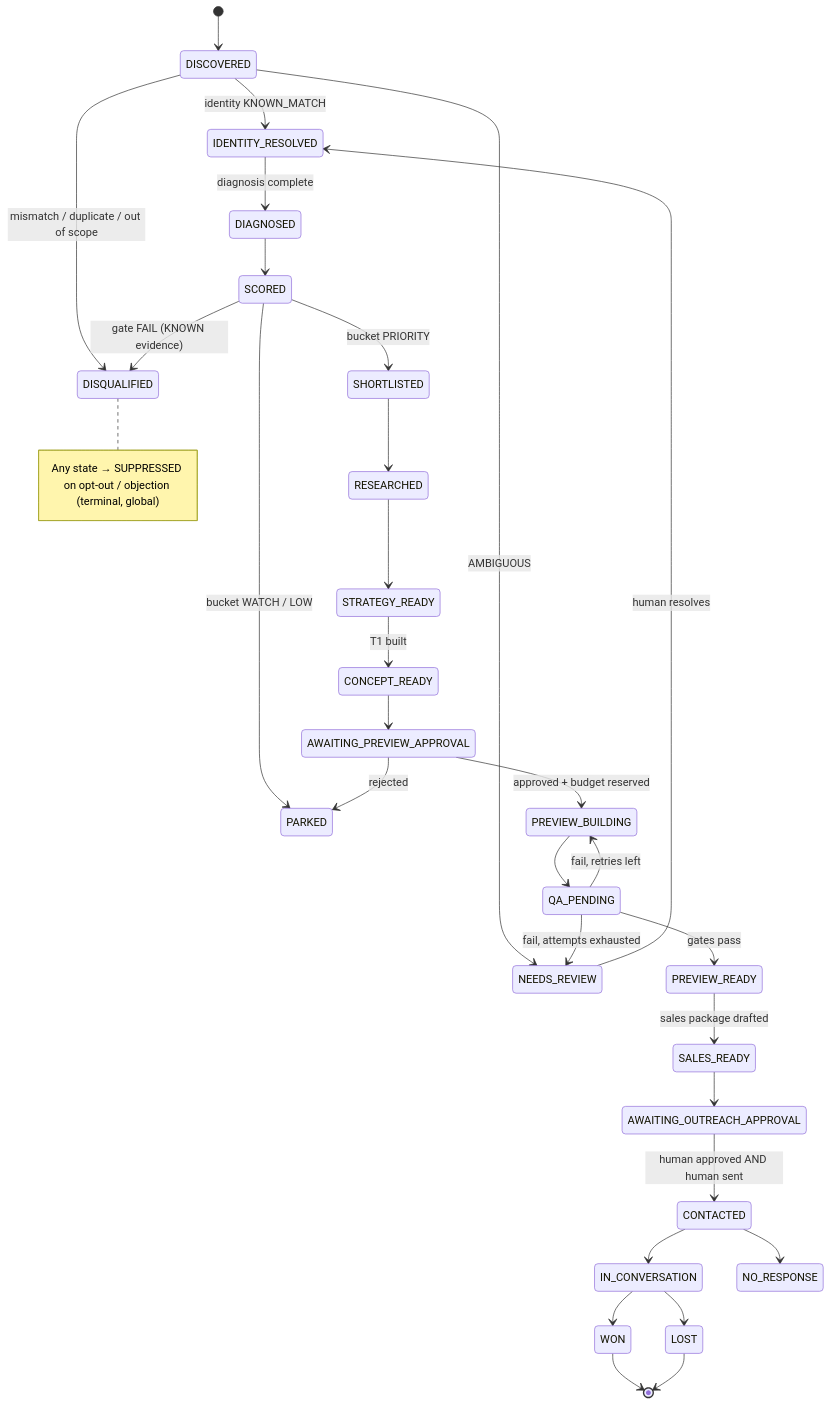
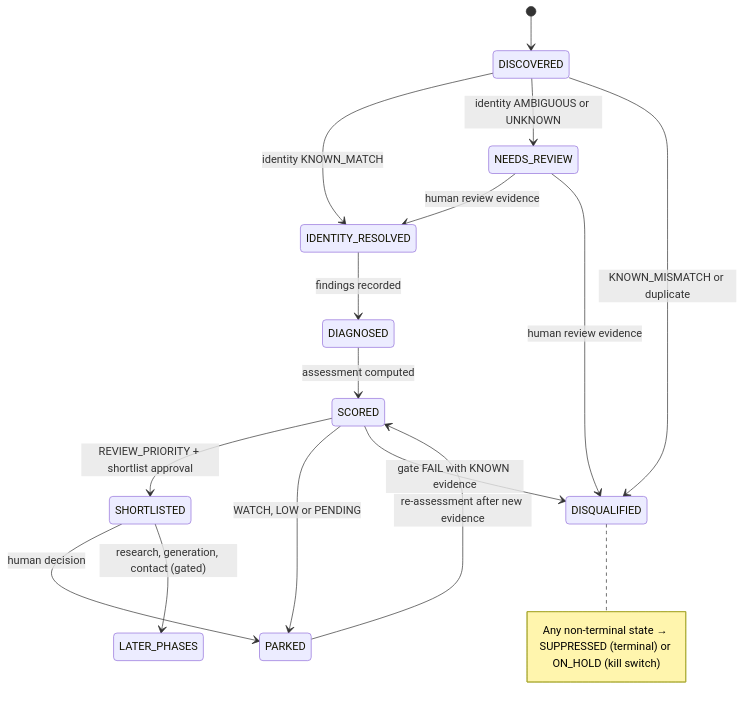
The second of 2 diagrams in docs/architecture.md (aangelrvss-oss/web-agency-os), drawn with Mermaid before and after one commit. The commit also changed other lines of this file and 8 other files, not shown here.

````diff
--- a/docs/architecture.md
+++ b/docs/architecture.md
@@ -289,33 +278,18 @@
 ```mermaid
 stateDiagram-v2
   [*] --> DISCOVERED
   DISCOVERED --> IDENTITY_RESOLVED: identity KNOWN_MATCH
-  DISCOVERED --> DISQUALIFIED: mismatch / duplicate / out of scope
-  DISCOVERED --> NEEDS_REVIEW: AMBIGUOUS
-  NEEDS_REVIEW --> IDENTITY_RESOLVED: human resolves
-  IDENTITY_RESOLVED --> DIAGNOSED: diagnosis complete
-  DIAGNOSED --> SCORED
-  SCORED --> PARKED: bucket WATCH / LOW
-  SCORED --> DISQUALIFIED: gate FAIL (KNOWN evidence)
-  SCORED --> SHORTLISTED: bucket PRIORITY
-  SHORTLISTED --> RESEARCHED
-  RESEARCHED --> STRATEGY_READY
-  STRATEGY_READY --> CONCEPT_READY: T1 built
-  CONCEPT_READY --> AWAITING_PREVIEW_APPROVAL
-  AWAITING_PREVIEW_APPROVAL --> PREVIEW_BUILDING: approved + budget reserved
-  AWAITING_PREVIEW_APPROVAL --> PARKED: rejected
-  PREVIEW_BUILDING --> QA_PENDING
-  QA_PENDING --> PREVIEW_READY: gates pass
-  QA_PENDING --> PREVIEW_BUILDING: fail, retries left
-  QA_PENDING --> NEEDS_REVIEW: fail, attempts exhausted
-  PREVIEW_READY --> SALES_READY: sales package drafted
-  SALES_READY --> AWAITING_OUTREACH_APPROVAL
-  AWAITING_OUTREACH_APPROVAL --> CONTACTED: human approved AND human sent
-  CONTACTED --> IN_CONVERSATION
-  CONTACTED --> NO_RESPONSE
-  IN_CONVERSATION --> WON
-  IN_CONVERSATION --> LOST
-  WON --> [*]
-  LOST --> [*]
-  note right of DISQUALIFIED : Any state → SUPPRESSED on opt-out / objection (terminal, global)
+  DISCOVERED --> NEEDS_REVIEW: identity AMBIGUOUS or UNKNOWN
+  DISCOVERED --> DISQUALIFIED: KNOWN_MISMATCH or duplicate
+  NEEDS_REVIEW --> IDENTITY_RESOLVED: human review evidence
+  NEEDS_REVIEW --> DISQUALIFIED: human review evidence
+  IDENTITY_RESOLVED --> DIAGNOSED: findings recorded
+  DIAGNOSED --> SCORED: assessment computed
+  SCORED --> SHORTLISTED: REVIEW_PRIORITY + shortlist approval
+  SCORED --> PARKED: WATCH, LOW or PENDING
+  SCORED --> DISQUALIFIED: gate FAIL with KNOWN evidence
+  PARKED --> SCORED: re-assessment after new evidence
+  SHORTLISTED --> PARKED: human decision
+  SHORTLISTED --> LATER_PHASES: research, generation, contact (gated)
+  note right of DISQUALIFIED : Any non-terminal state → SUPPRESSED (terminal) or ON_HOLD (kill switch)
 ```
````
